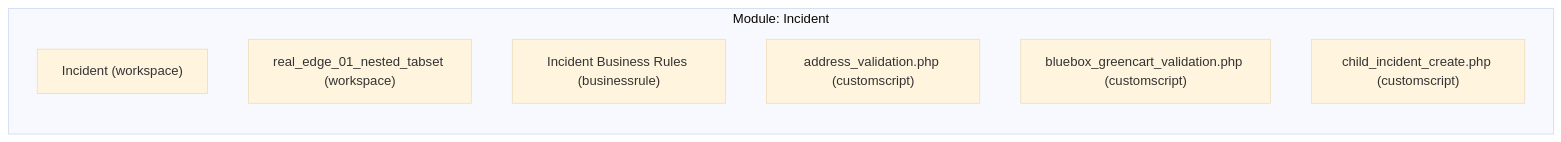
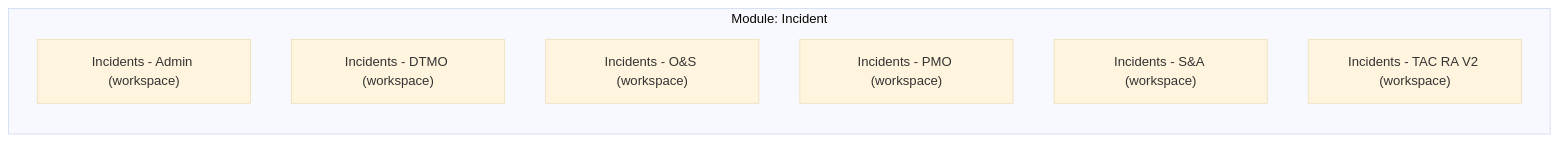
Before and after one commit to SujalMatolia0/Config_Migration: the third of 4 diagrams in results/COMPLETE_SYSTEM_MAPPING.md, drawn with Mermaid (base theme). The commit also changed other lines of this file and 47 other files, not shown here.

Commit message:
feat: add excel workspace generator and update contact business rule mappings and metrics

````diff
--- a/results/COMPLETE_SYSTEM_MAPPING.md
+++ b/results/COMPLETE_SYSTEM_MAPPING.md
@@ -139,11 +406,11 @@
 ```mermaid
 flowchart LR
   subgraph MOD_Incident ["Module: Incident"]
-    N_workspace_incident["Incident (workspace)"]
-    N_workspace_real_edge_01_nested_tabset["real_edge_01_nested_tabset (workspace)"]
-    N_businessrule_incident_business_rules["Incident Business Rules (businessrule)"]
-    N_customscript_address_validation_php["address_validation.php (customscript)"]
-    N_customscript_bluebox_greencart_validation_php["bluebox_greencart_validation.php (customscript)"]
-    N_customscript_child_incident_create_php["child_incident_create.php (customscript)"]
+    N_workspace_incidents___admin["Incidents - Admin (workspace)"]
+    N_workspace_incidents___dtmo["Incidents - DTMO (workspace)"]
+    N_workspace_incidents___o_s["Incidents - O&S (workspace)"]
+    N_workspace_incidents___pmo["Incidents - PMO (workspace)"]
+    N_workspace_incidents___s_a["Incidents - S&A (workspace)"]
+    N_workspace_incidents___tac_ra_v2["Incidents - TAC RA V2 (workspace)"]
   end
 ```
````
